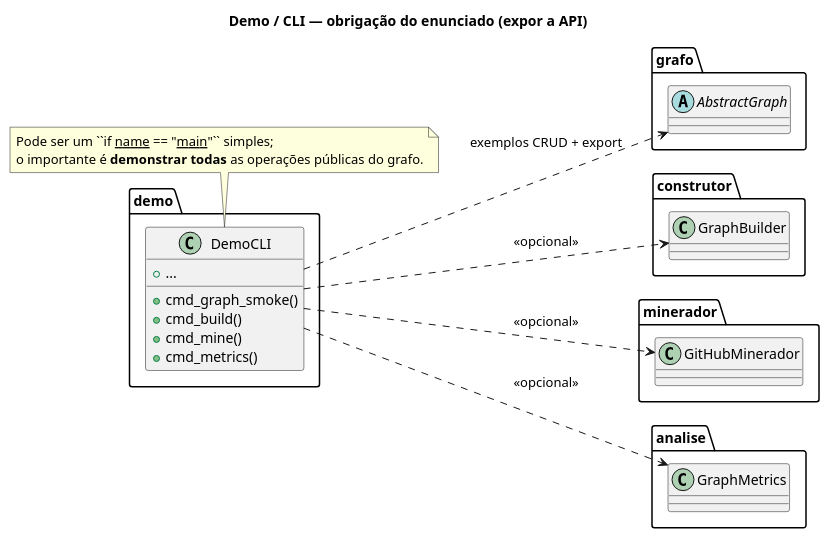
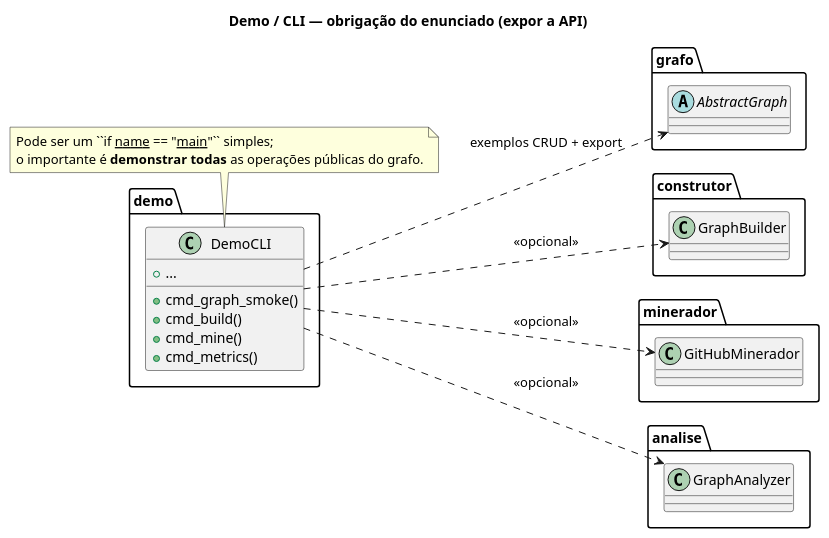
One commit to Erickguedesc/trabalho-pratico-grafos changed the diagram in docs/contrato/diagrama-demo-aplicacao.puml. Above: the diagram before and after it, drawn with PlantUML. The commit also changed 11 other files, not shown here.

```diff
--- a/docs/contrato/diagrama-demo-aplicacao.puml
+++ b/docs/contrato/diagrama-demo-aplicacao.puml
@@ -1,43 +1,43 @@
 @startuml diagrama-demo-aplicacao
 
 title Demo / CLI — obrigação do enunciado (expor a API)
 
 left to right direction
 
 package demo {
   class DemoCLI {
     + cmd_graph_smoke()
     + cmd_build()
     + cmd_mine()
     + cmd_metrics()
     + ...
   }
 }
 
 package grafo {
   abstract class AbstractGraph
 }
 
 package construtor {
   class GraphBuilder
 }
 
 package minerador {
   class GitHubMinerador
 }
 
 package analise {
-  class GraphMetrics
+  class GraphAnalyzer
 }
 
 DemoCLI ..> AbstractGraph : exemplos CRUD + export
 DemoCLI ..> GraphBuilder : <<opcional>>
 DemoCLI ..> GitHubMinerador : <<opcional>>
-DemoCLI ..> GraphMetrics : <<opcional>>
+DemoCLI ..> GraphAnalyzer : <<opcional>>
 
 note bottom of DemoCLI
   Pode ser um ``if __name__ == "__main__"`` simples;
   o importante é **demonstrar todas** as operações públicas do grafo.
 end note
 
 @enduml
```
